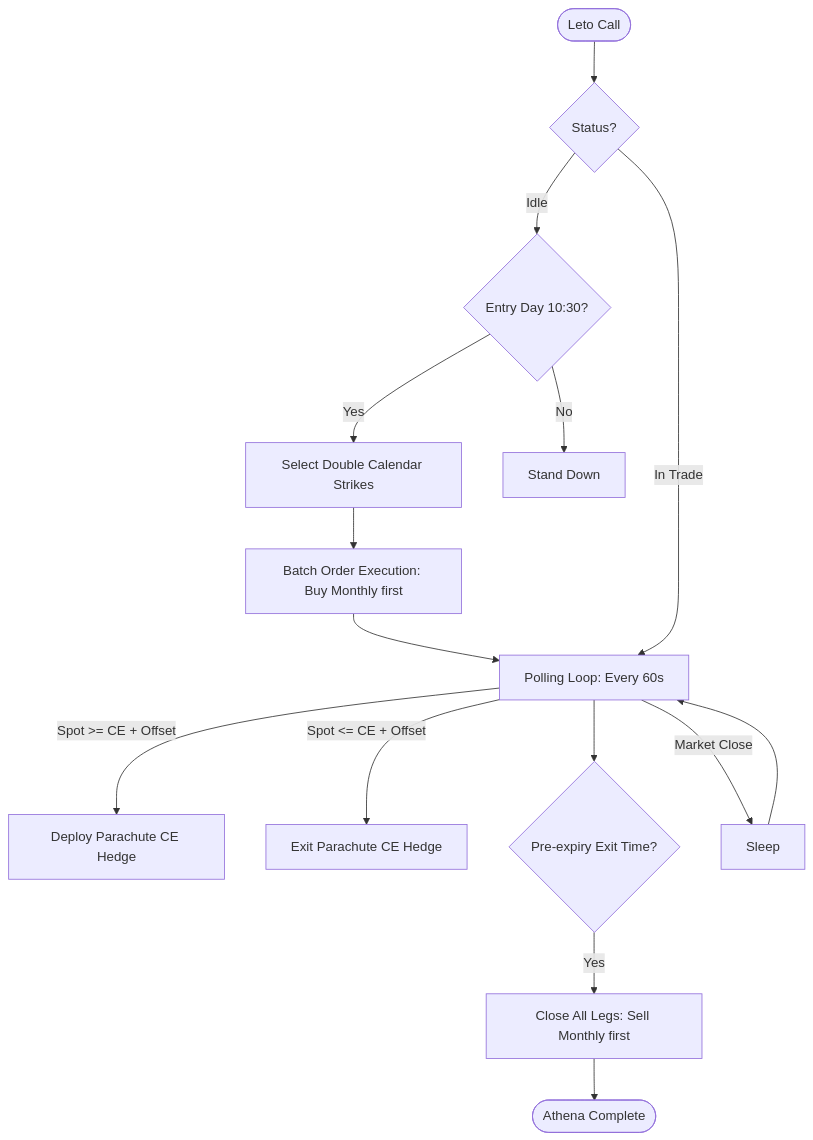
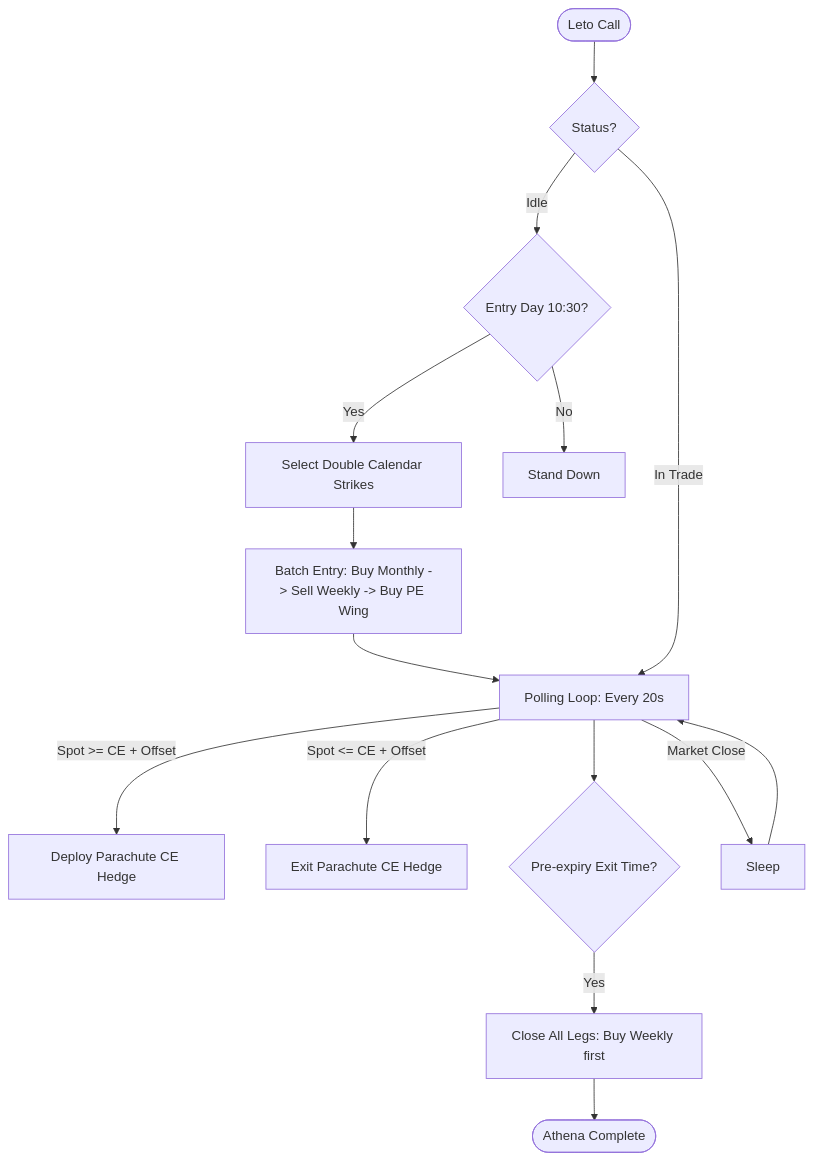
One commit to parijnan/algo-trading-lab changed the diagram in athena_production/README.md. Above: the diagram before and after it, drawn with Mermaid.

Commit message:
Docs: Corrected Athena flowchart polling interval and execution order.

````diff
--- a/athena_production/README.md
+++ b/athena_production/README.md
@@ -22,23 +22,23 @@
 ```mermaid
 graph TD
     Start([Leto Call]) --> Status{Status?}
     
     Status -- Idle --> DayCheck{Entry Day 10:30?}
     DayCheck -- Yes --> Strikes[Select Double Calendar Strikes]
-    Strikes --> Entry[Batch Order Execution: Buy Monthly first]
-    Entry --> Poll[Polling Loop: Every 60s]
+    Strikes --> Entry[Batch Entry: Buy Monthly -> Sell Weekly -> Buy PE Wing]
+    Entry --> Poll[Polling Loop: Every 20s]
     
     Status -- In Trade --> Poll
     
     Poll -- Spot >= CE + Offset --> Hedge[Deploy Parachute CE Hedge]
     Poll -- Spot <= CE + Offset --> Unhedge[Exit Parachute CE Hedge]
     
     Poll --> ExitCheck{Pre-expiry Exit Time?}
-    ExitCheck -- Yes --> Close[Close All Legs: Sell Monthly first]
+    ExitCheck -- Yes --> Close[Close All Legs: Buy Weekly first]
     Close --> End([Athena Complete])
     
     Poll -- Market Close --> Sleep[Sleep]
     Sleep --> Poll
     
     DayCheck -- No --> StandDown[Stand Down]
 ```
````
